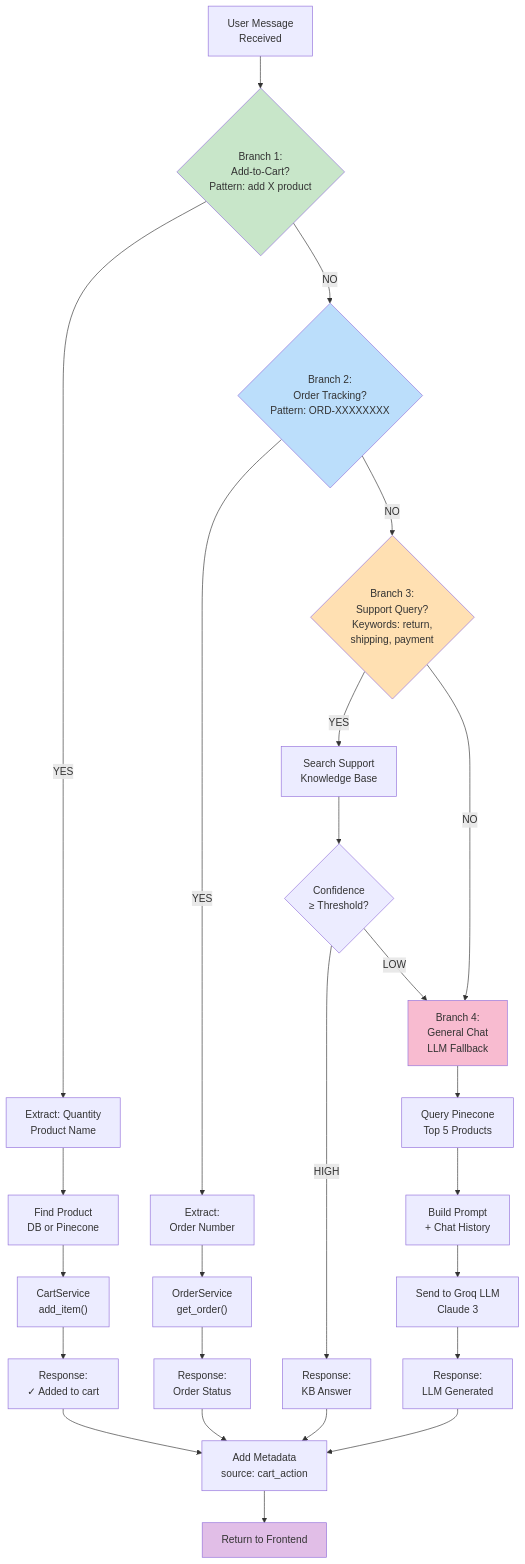
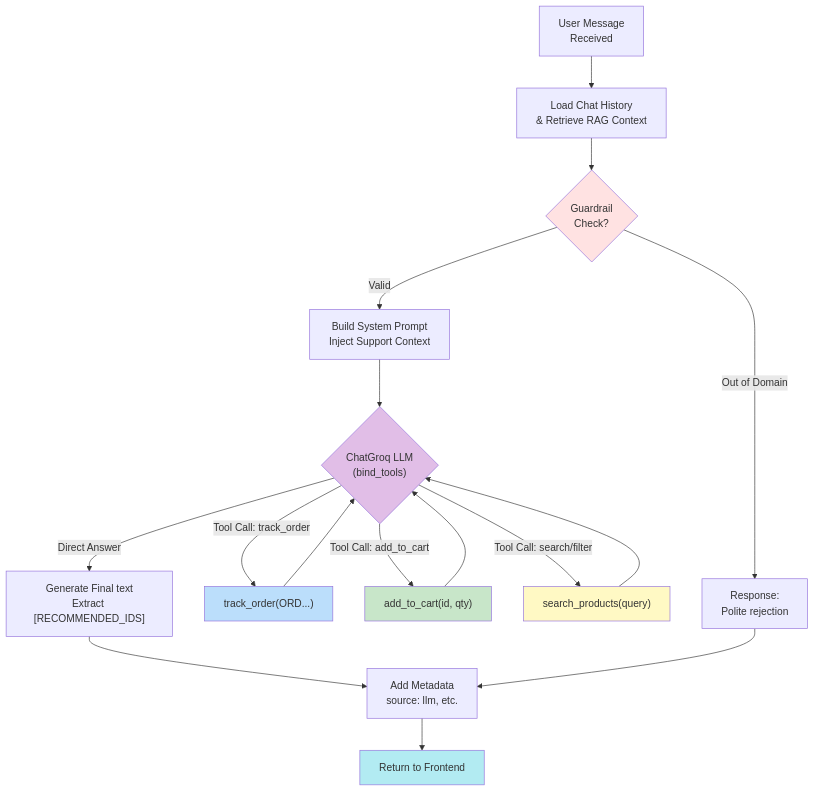
One commit to moafiif01/ecommerce_AI_agent changed the second of 12 diagrams in DIAGRAMS.md. Above: the diagram before and after it, drawn with Mermaid. The commit also changed other lines of this file and 2 other files, not shown here.

Commit message:
docs: update system diagrams and project outlines to reflect autonomous tooling architecture

````diff
--- a/DIAGRAMS.md
+++ b/DIAGRAMS.md
@@ -74,44 +74,35 @@
 ```mermaid
 graph TD
     Input["User Message<br/>Received"]
     
-    Input --> B1{"Branch 1:<br/>Add-to-Cart?<br/>Pattern: add X product"}
+    Input --> Memory["Load Chat History<br/>& Retrieve RAG Context"]
+    Memory --> Guardrails{"Guardrail<br/>Check?"}
     
-    B1 -->|YES| Extract1["Extract: Quantity<br/>Product Name"]
-    Extract1 --> Search1["Find Product<br/>DB or Pinecone"]
-    Search1 --> Cart1["CartService<br/>add_item()"]
-    Cart1 --> Response1["Response:<br/>✓ Added to cart"]
+    Guardrails -->|Out of Domain| GuardResponse["Response:<br/>Polite rejection"]
+    Guardrails -->|Valid| AgentPrompt["Build System Prompt<br/>Inject Support Context"]
     
-    B1 -->|NO| B2{"Branch 2:<br/>Order Tracking?<br/>Pattern: ORD-XXXXXXXX"}
+    AgentPrompt --> LLM{"ChatGroq LLM<br/>(bind_tools)"}
     
-    B2 -->|YES| Extract2["Extract:<br/>Order Number"]
-    Extract2 --> OrderSvc["OrderService<br/>get_order()"]
-    OrderSvc --> Response2["Response:<br/>Order Status"]
+    LLM -->|Tool Call: track_order| TrackTool["track_order(ORD...)"]
+    TrackTool --> LLM
     
-    B2 -->|NO| B3{"Branch 3:<br/>Support Query?<br/>Keywords: return,<br/>shipping, payment"}
+    LLM -->|Tool Call: add_to_cart| CartTool["add_to_cart(id, qty)"]
+    CartTool --> LLM
     
-    B3 -->|YES| KB["Search Support</br/>Knowledge Base"]
-    KB --> Conf{"Confidence<br/>≥ Threshold?"}
-    Conf -->|HIGH| Response3["Response:<br/>KB Answer"]
-    Conf -->|LOW| B4
+    LLM -->|Tool Call: search/filter| SearchTool["search_products(query)"]
+    SearchTool --> LLM
     
-    B3 -->|NO| B4["Branch 4:<br/>General Chat<br/>LLM Fallback"]
+    LLM -->|Direct Answer| FinalAnswer["Generate Final text<br/>Extract [RECOMMENDED_IDS]"]
     
-    B4 --> Vector["Query Pinecone<br/>Top 5 Products"]
-    Vector --> History["Build Prompt<br/>+ Chat History"]
-    History --> LLM["Send to Groq LLM<br/>Claude 3"]
-    LLM --> Response4["Response:<br/>LLM Generated"]
-    
-    Response1 --> Metadata["Add Metadata<br/>source: cart_action"]
-    Response2 --> Metadata
-    Response3 --> Metadata
-    Response4 --> Metadata
+    FinalAnswer --> Metadata["Add Metadata<br/>source: llm, etc."]
+    GuardResponse --> Metadata
     
     Metadata --> Return["Return to Frontend"]
     
-    style B1 fill:#c8e6c9
-    style B2 fill:#bbdefb
-    style B3 fill:#ffe0b2
-    style B4 fill:#f8bbd0
-    style Return fill:#e1bee7
+    style Guardrails fill:#ffe2e2
+    style LLM fill:#e1bee7
+    style TrackTool fill:#bbdefb
+    style CartTool fill:#c8e6c9
+    style SearchTool fill:#fff9c4
+    style Return fill:#b2ebf2
 ```
````
